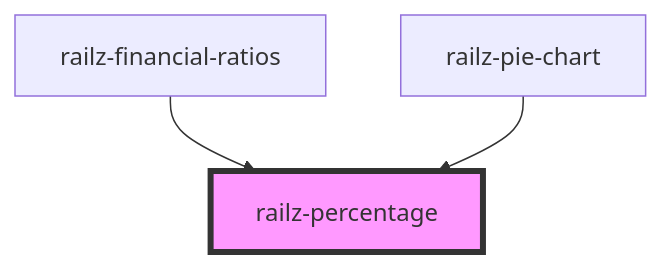
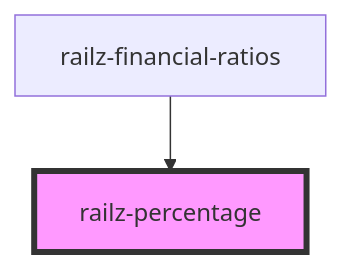
One commit to railz-ai/railz-visualizations changed the diagram in packages/components/src/elements/percentage/readme.md. Above: the diagram before and after it, drawn with Mermaid. The commit also changed other lines of this file and 11 other files, not shown here.

````diff
--- a/packages/components/src/elements/percentage/readme.md
+++ b/packages/components/src/elements/percentage/readme.md
@@ -20,6 +19,5 @@
 ```mermaid
 graph TD;
   railz-financial-ratios --> railz-percentage
-  railz-pie-chart --> railz-percentage
   style railz-percentage fill:#f9f,stroke:#333,stroke-width:4px
 ```
````
